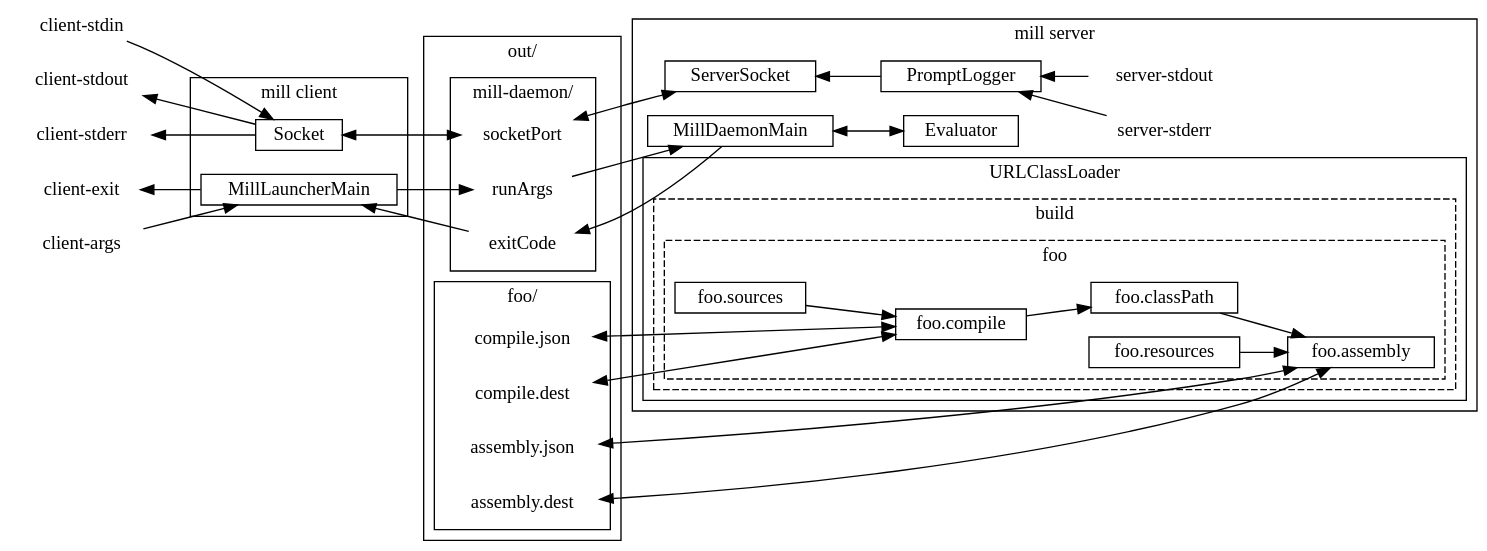
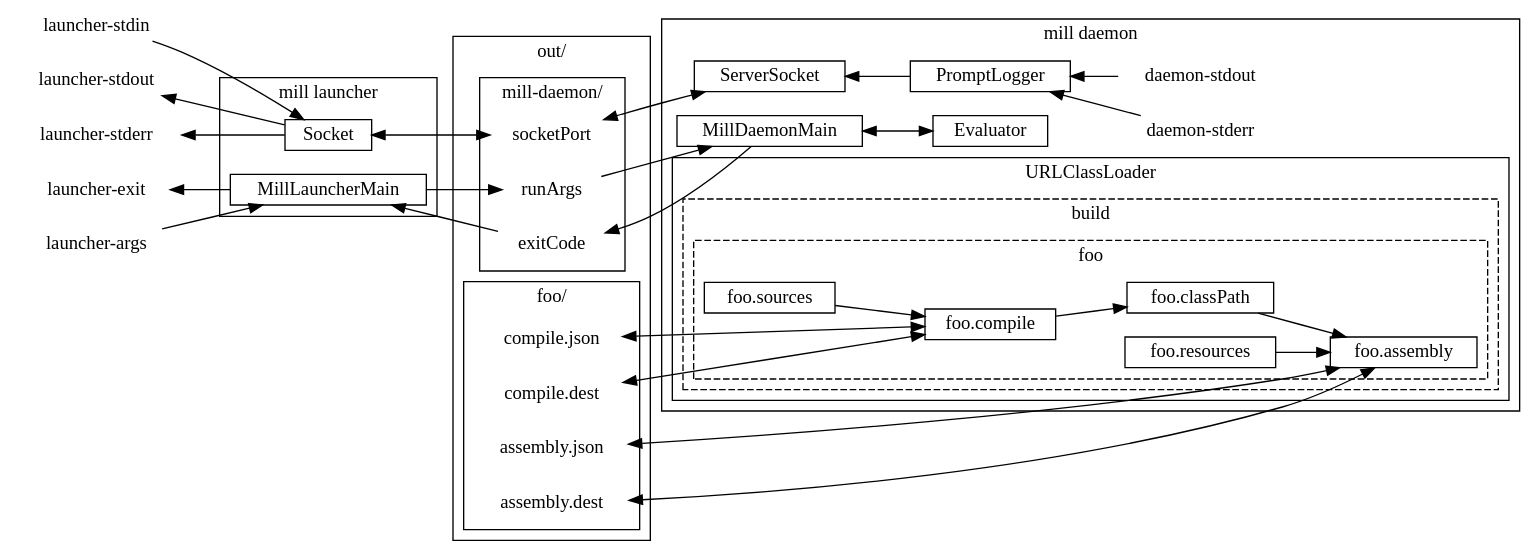
One commit to com-lihaoyi/mill changed the diagram in website/docs/modules/ROOT/pages/depth/process-architecture.adoc. Above: the diagram before and after it, drawn with Graphviz. The commit also changed other lines of this file and 22 other files, not shown here.

```diff
--- a/website/docs/modules/ROOT/pages/depth/process-architecture.adoc
+++ b/website/docs/modules/ROOT/pages/depth/process-architecture.adoc
@@ -13,21 +13,21 @@
   node [shape=box width=0 height=0 style=filled fillcolor=white]
   bgcolor=transparent
 
-  "client-stdin" [penwidth=0]
-  "client-stdout" [penwidth=0]
-  "client-stderr" [penwidth=0]
-  "client-exit" [penwidth=0]
-  "client-args" [penwidth=0]
+  "launcher-stdin" [penwidth=0]
+  "launcher-stdout" [penwidth=0]
+  "launcher-stderr" [penwidth=0]
+  "launcher-exit" [penwidth=0]
+  "launcher-args" [penwidth=0]
   subgraph cluster_client {
-      label = "mill client";
+      label = "mill launcher";
       "Socket"
       "MillLauncherMain"
   }
-  "client-stdin" -> "Socket"
-  "client-stderr" -> "Socket" [dir=back]
-  "client-stdout" -> "Socket" [dir=back]
-  "client-args" -> "MillLauncherMain"
-  "client-exit" -> "MillLauncherMain" [dir=back]
+  "launcher-stdin" -> "Socket"
+  "launcher-stderr" -> "Socket" [dir=back]
+  "launcher-stdout" -> "Socket" [dir=back]
+  "launcher-args" -> "MillLauncherMain"
+  "launcher-exit" -> "MillLauncherMain" [dir=back]
   "MillLauncherMain" -> "runArgs"
   subgraph cluster_out {
     label = "out/";
@@ -51,14 +51,14 @@
 
 
   subgraph cluster_server {
-    label = "mill server";
+    label = "mill daemon";
     "PromptLogger"
     "MillDaemonMain"
     "Evaluator"
     "ServerSocket"
 
-    "server-stdout" [penwidth=0]
-    "server-stderr" [penwidth=0]
+    "daemon-stdout" [penwidth=0]
+    "daemon-stderr" [penwidth=0]
     subgraph cluster_classloder {
       label = "URLClassLoader";
       subgraph cluster_build {
@@ -86,8 +86,8 @@
   "Socket" -> "socketPort"  [dir=both]
   "socketPort" -> "ServerSocket"  [dir=both]
 
-  "PromptLogger" -> "server-stderr" [dir=back]
-  "PromptLogger" -> "server-stdout" [dir=back]
+  "PromptLogger" -> "daemon-stderr" [dir=back]
+  "PromptLogger" -> "daemon-stdout" [dir=back]
   "compile.dest" -> "foo.compile"  [dir=both]
   "compile.json" -> "foo.compile"  [dir=both]
 
```
